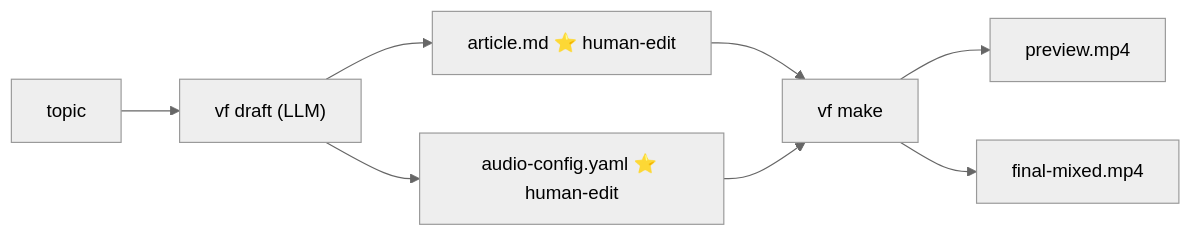
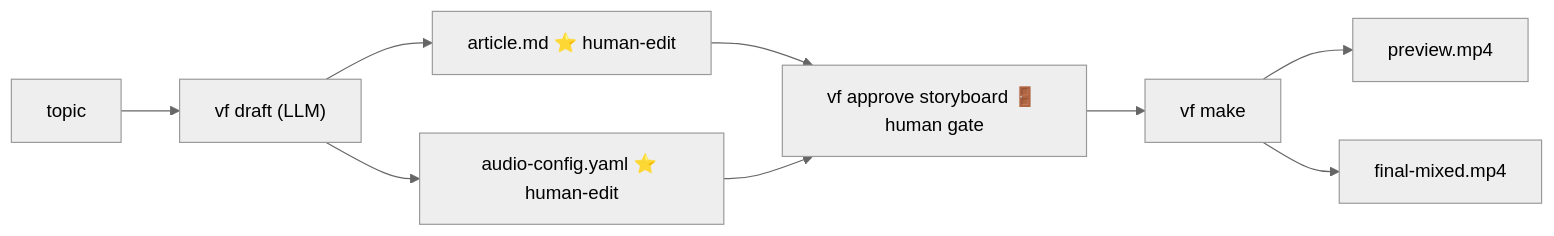
Before and after one commit to huangjien/ai-video-factory: the first of 2 diagrams in docs/INSTALLATION_AND_USAGE.md, drawn with Mermaid (neutral theme). The commit also changed other lines of this file and 1 other file, not shown here.

````diff
--- a/docs/INSTALLATION_AND_USAGE.md
+++ b/docs/INSTALLATION_AND_USAGE.md
@@ -11,10 +11,11 @@
 ```mermaid
 flowchart LR
     topic[topic] --> vfDraft["vf draft (LLM)"]
     vfDraft --> articleMD["article.md ⭐ human-edit"]
     vfDraft --> audioConfig["audio-config.yaml ⭐ human-edit"]
-    articleMD --> vfMake["vf make"]
-    audioConfig --> vfMake
+    articleMD --> vfApprove["vf approve storyboard 🚪 human gate"]
+    audioConfig --> vfApprove
+    vfApprove --> vfMake["vf make"]
     vfMake --> previewMp4[preview.mp4]
-    vfMake --> finalMixedMp4[final-mixed.mp4]
+    vfMake --> finalMixedMp4["final-mixed.mp4"]
 ```
````
